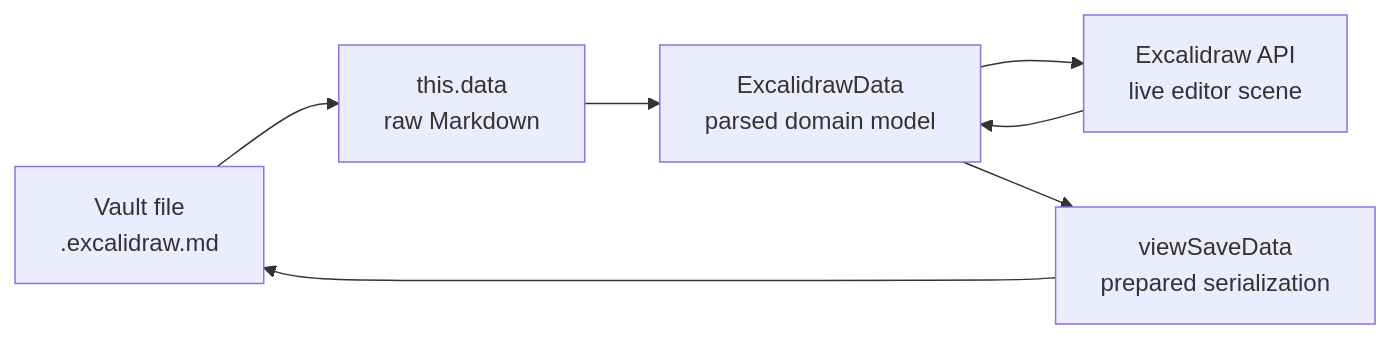
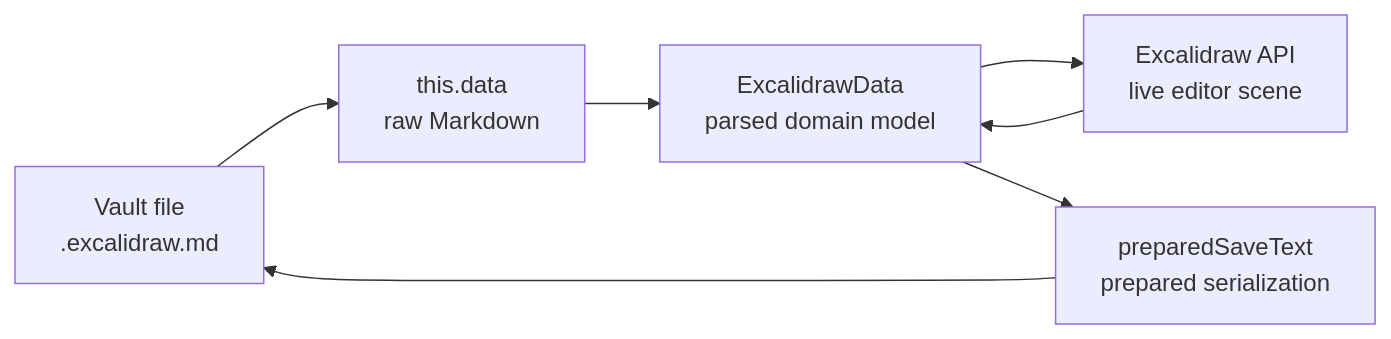
One commit to zsviczian/obsidian-excalidraw-plugin changed the first of 14 diagrams in docs/Excalidraw Plugin File Persistence Lifecycle Design.md. Above: the diagram before and after it, drawn with Mermaid. The commit also changed other lines of this file and 4 other files, not shown here.

````diff
--- a/docs/Excalidraw Plugin File Persistence Lifecycle Design.md
+++ b/docs/Excalidraw Plugin File Persistence Lifecycle Design.md
@@ -83,16 +83,16 @@
 ```mermaid
 flowchart LR
     F["Vault file<br>.excalidraw.md"]
     D["this.data<br>raw Markdown"]
     ED["ExcalidrawData<br>parsed domain model"]
     API["Excalidraw API<br>live editor scene"]
-    S["viewSaveData<br>prepared serialization"]
+    S["preparedSaveText<br>prepared serialization"]
 
     F --> D
     D --> ED
     ED --> API
 
     API --> ED
     ED --> S
     S --> F
 ```
````
